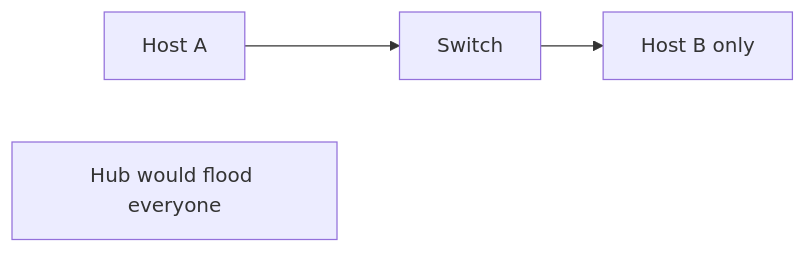
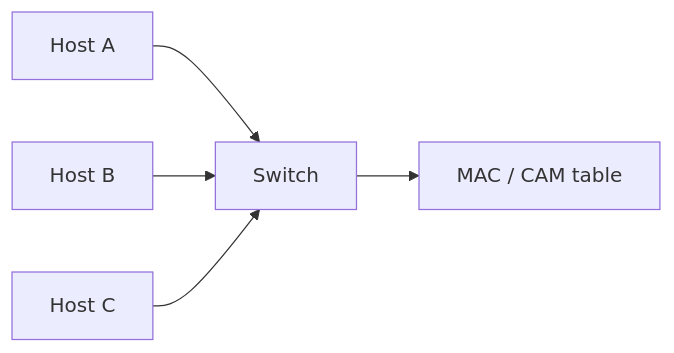
The third of 8 diagrams in learning/04-data-link-layer.md (omnayak27199/pktana), drawn with Mermaid before and after one commit. The commit also changed other lines of this file and 14 other files, not shown here.

````diff
--- a/learning/04-data-link-layer.md
+++ b/learning/04-data-link-layer.md
@@ -53,6 +96,7 @@
 ```mermaid
 flowchart LR
-  A[Host A] --> SW[Switch]
-  SW --> B[Host B only]
-  Note1[Hub would flood everyone]
+  H1[Host A] --> SW[Switch]
+  H2[Host B] --> SW
+  H3[Host C] --> SW
+  SW --> CAM[MAC / CAM table]
 ```
````
